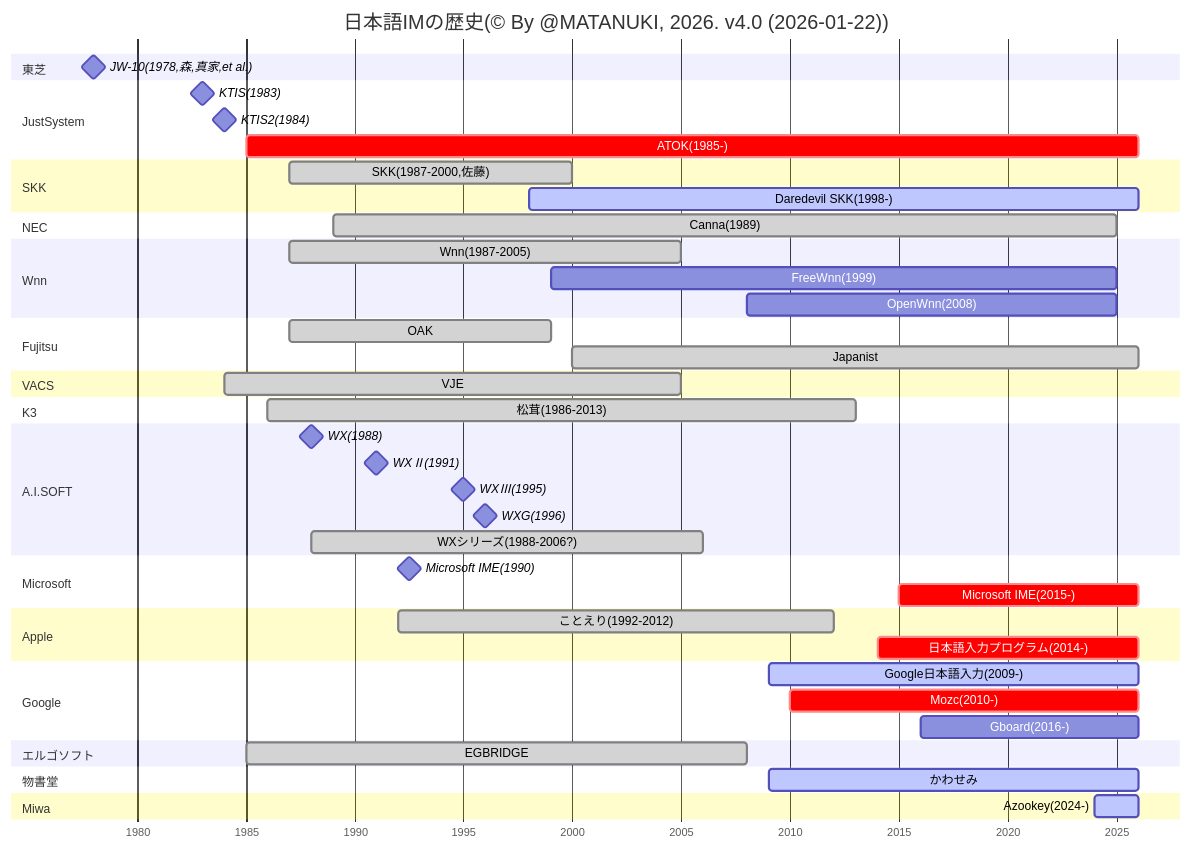
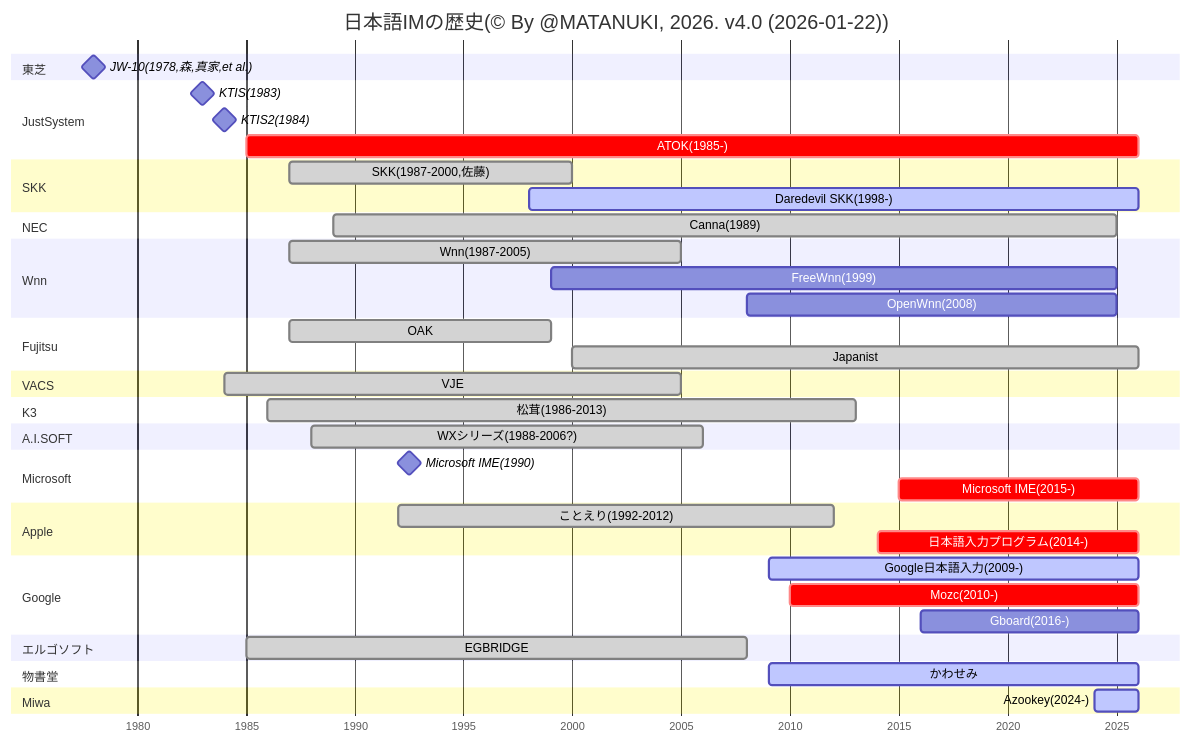
Before and after one commit to TanukiMa/history_of_Japanese_input_method: the diagram in v4.mmd, drawn with Mermaid. The commit also changed 1 other file, not shown here.

```diff
--- a/v4.mmd
+++ b/v4.mmd
@@ -1,49 +1,45 @@
 gantt
     title 日本語IMの歴史(© By @MATANUKI, 2026. v4.0 (2026-01-22))
     dateFormat YYYY
     axisFormat %Y
     todayMarker off
     section 東芝
         JW-10(1978,森,真家,et al.):milestone,1978,
     section JustSystem
         KTIS(1983):milestone,1983,
         KTIS2(1984):milestone,1984,
         ATOK(1985-):crit,1985,2026
     section SKK
         SKK(1987-2000,佐藤):done,1987,2000
         Daredevil SKK(1998-):active,1998,2026
     section NEC
         Canna(1989):done,1989,2025
     section Wnn
         Wnn(1987-2005):done,1987,2005
         FreeWnn(1999):1999,2025
         OpenWnn(2008):2008,2025
     section Fujitsu
         OAK:done,1987,1999
         Japanist:done,2000,2026
     section VACS
         VJE:done,1984,2005
     section K3
         松茸(1986-2013):done,1986,2013
     section A.I.SOFT
-        WX(1988):milestone,1988,
-        WXⅡ(1991):milestone,1991,
-        WXⅢ(1995):milestone,1995,
-        WXG(1996):milestone,1996,
         WXシリーズ(1988-2006?):done,1988,2006
     section Microsoft
         Microsoft IME(1990):milestone,1990,1995
         Microsoft IME(2015-):crit,2015,2026
     section Apple
         ことえり(1992-2012):done,1992,2012
         日本語入力プログラム(2014-):crit,2014,2026
     section Google
         Google日本語入力(2009-):active,2009,2026
         Mozc(2010-):crit,2010,2026
         Gboard(2016-):2016,2026
     section エルゴソフト
         EGBRIDGE:done,1985,2008
     section 物書堂
         かわせみ:active,2009,2026
     section Miwa
         Azookey(2024-):active,2024,2026
```
